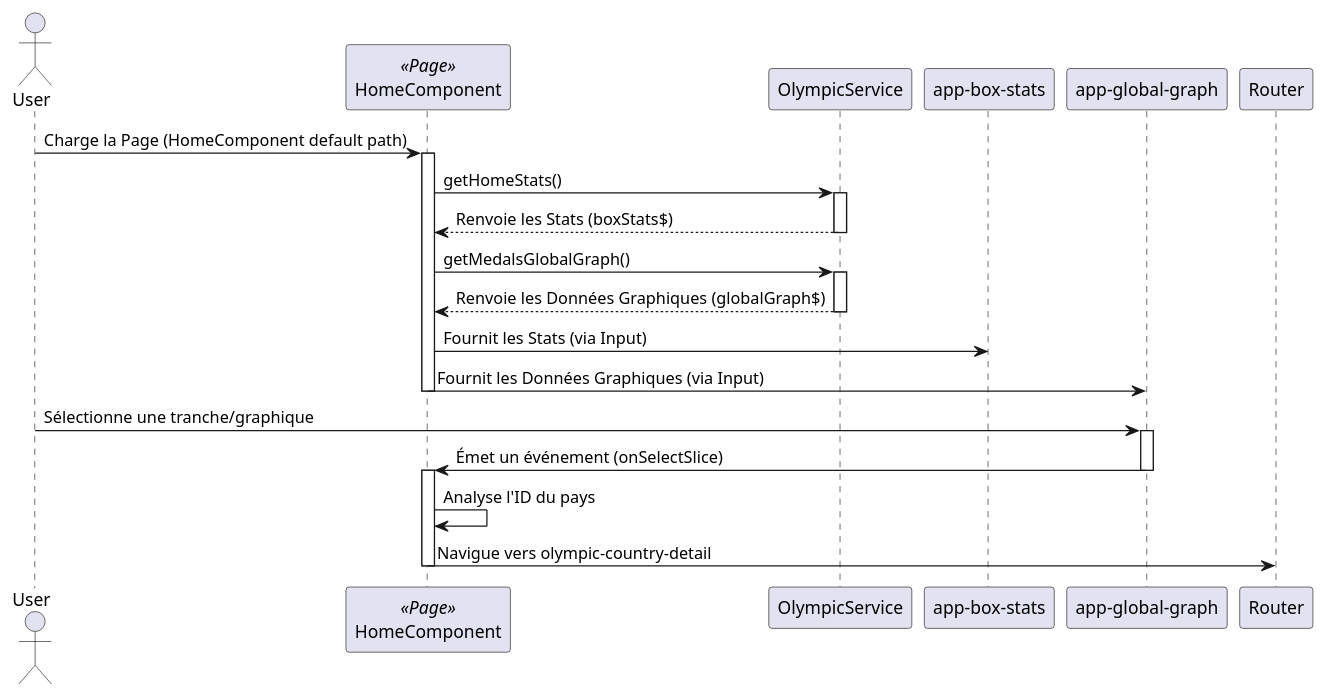
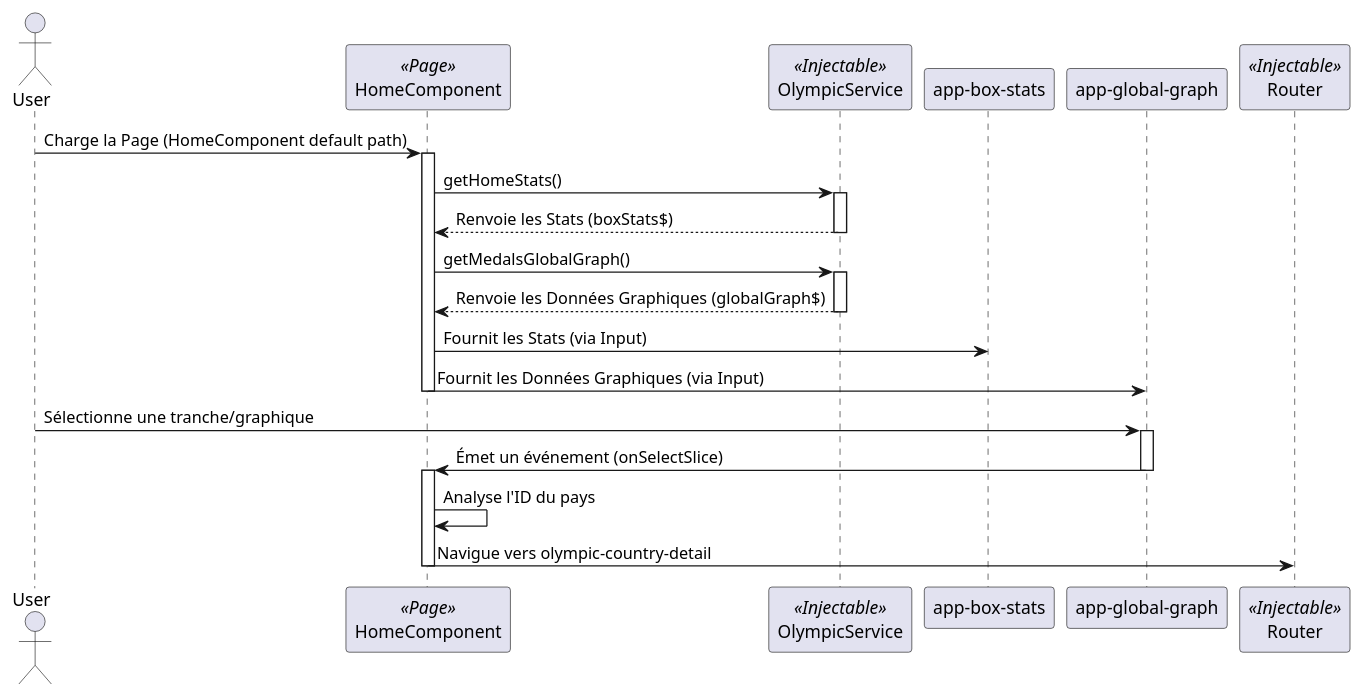
Before and after one commit to cpierres/Opencr-Projet02-Angular: the diagram in docs/assets/diagrams/sequence/global_sequence.puml, drawn with PlantUML. The commit also changed 1 other file, not shown here.

Commit message:
Mineur : modif diagrammes de séquences

```diff
--- a/docs/assets/diagrams/sequence/global_sequence.puml
+++ b/docs/assets/diagrams/sequence/global_sequence.puml
@@ -1,34 +1,34 @@
 @startuml
 actor User as U
 participant HomeComponent <<Page>>
-participant "OlympicService" as OS
+participant "OlympicService" <<Injectable>>
 participant "app-box-stats" as BS
 participant "app-global-graph" as GG
-participant "Router" as R
+participant "Router" <<Injectable>>
 
 U -> HomeComponent: Charge la Page (HomeComponent default path)
 activate HomeComponent
-HomeComponent -> OS: getHomeStats()
-activate OS
-OS --> HomeComponent: Renvoie les Stats (boxStats$)
-deactivate OS
+HomeComponent -> OlympicService: getHomeStats()
+activate OlympicService
+OlympicService --> HomeComponent: Renvoie les Stats (boxStats$)
+deactivate OlympicService
 
-HomeComponent -> OS: getMedalsGlobalGraph()
-activate OS
-OS --> HomeComponent: Renvoie les Données Graphiques (globalGraph$)
-deactivate OS
+HomeComponent -> OlympicService: getMedalsGlobalGraph()
+activate OlympicService
+OlympicService --> HomeComponent: Renvoie les Données Graphiques (globalGraph$)
+deactivate OlympicService
 
 HomeComponent -> BS: Fournit les Stats (via Input)
 HomeComponent -> GG: Fournit les Données Graphiques (via Input)
 deactivate HomeComponent
 
 U -> GG: Sélectionne une tranche/graphique
 activate GG
 GG -> HomeComponent: Émet un événement (onSelectSlice)
 deactivate GG
 
 activate HomeComponent
 HomeComponent -> HomeComponent: Analyse l'ID du pays
-HomeComponent -> R: Navigue vers olympic-country-detail
+HomeComponent -> Router: Navigue vers olympic-country-detail
 deactivate HomeComponent
 @enduml
```
